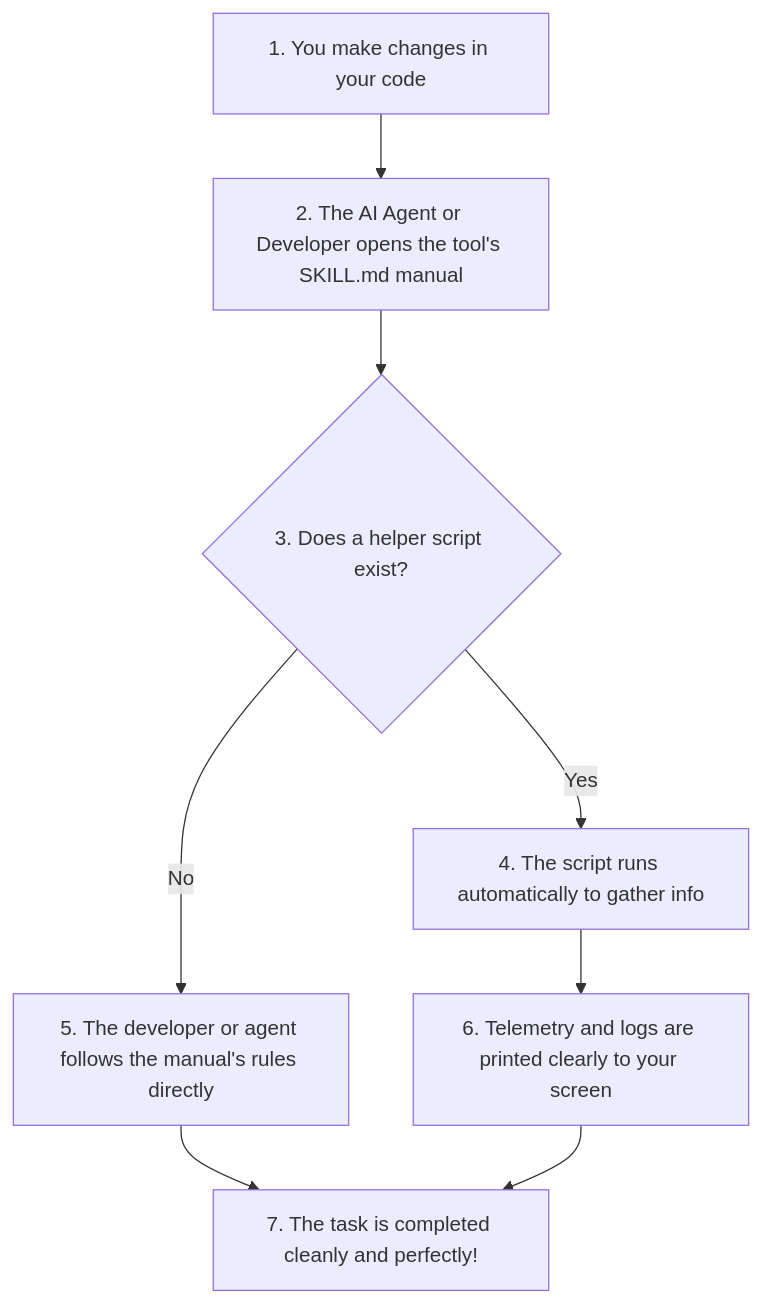
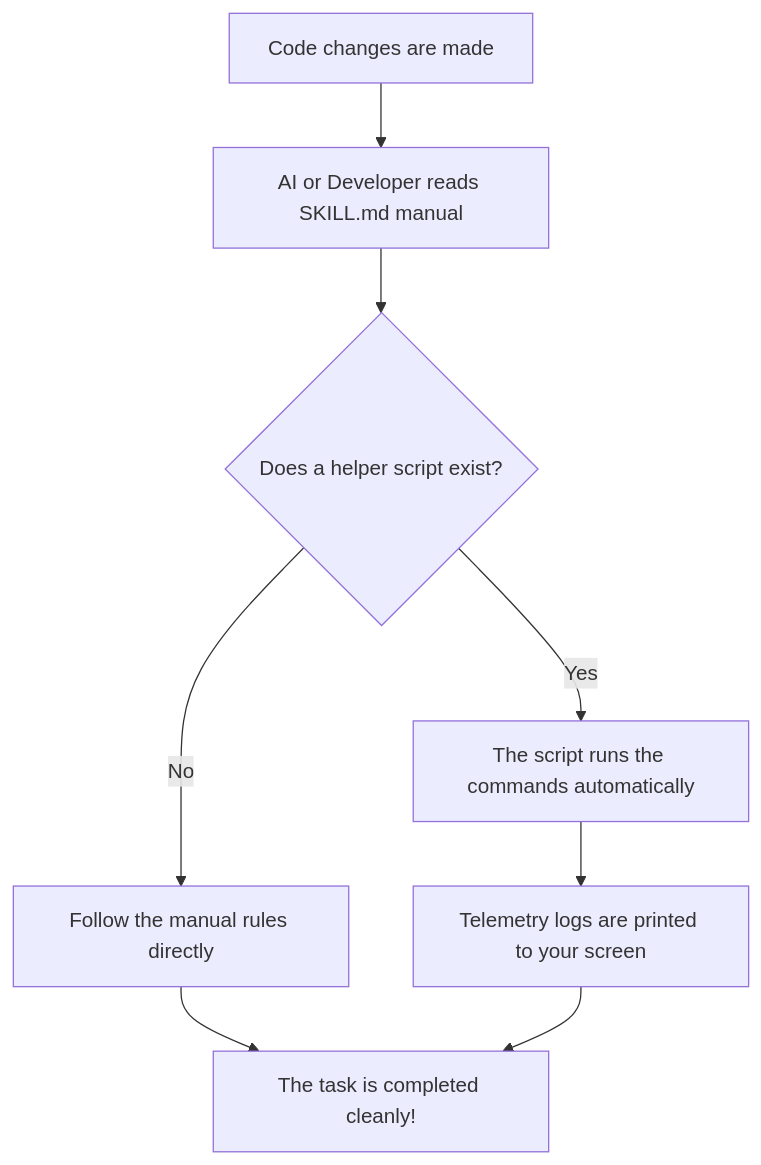
Before and after one commit to victoriacheng15/dev-toolchain: the diagram in README.md, drawn with Mermaid. The commit also changed other lines of this file, not shown here.

````diff
--- a/README.md
+++ b/README.md
@@ -46,10 +38,10 @@
 ```mermaid
 graph TD
-    A["1. You make changes in your code"] --> B["2. The AI Agent or Developer opens the tool's SKILL.md manual"]
-    B --> C{"3. Does a helper script exist?"}
-    C -- Yes --> D["4. The script runs automatically to gather info"]
-    C -- No --> E["5. The developer or agent follows the manual's rules directly"]
-    D --> F["6. Telemetry and logs are printed clearly to your screen"]
-    E --> G["7. The task is completed cleanly and perfectly!"]
+    A["Code changes are made"] --> B["AI or Developer reads SKILL.md manual"]
+    B --> C{"Does a helper script exist?"}
+    C -- Yes --> D["The script runs the commands automatically"]
+    C -- No --> E["Follow the manual rules directly"]
+    D --> F["Telemetry logs are printed to your screen"]
+    E --> G["The task is completed cleanly!"]
     F --> G
 ```
````
